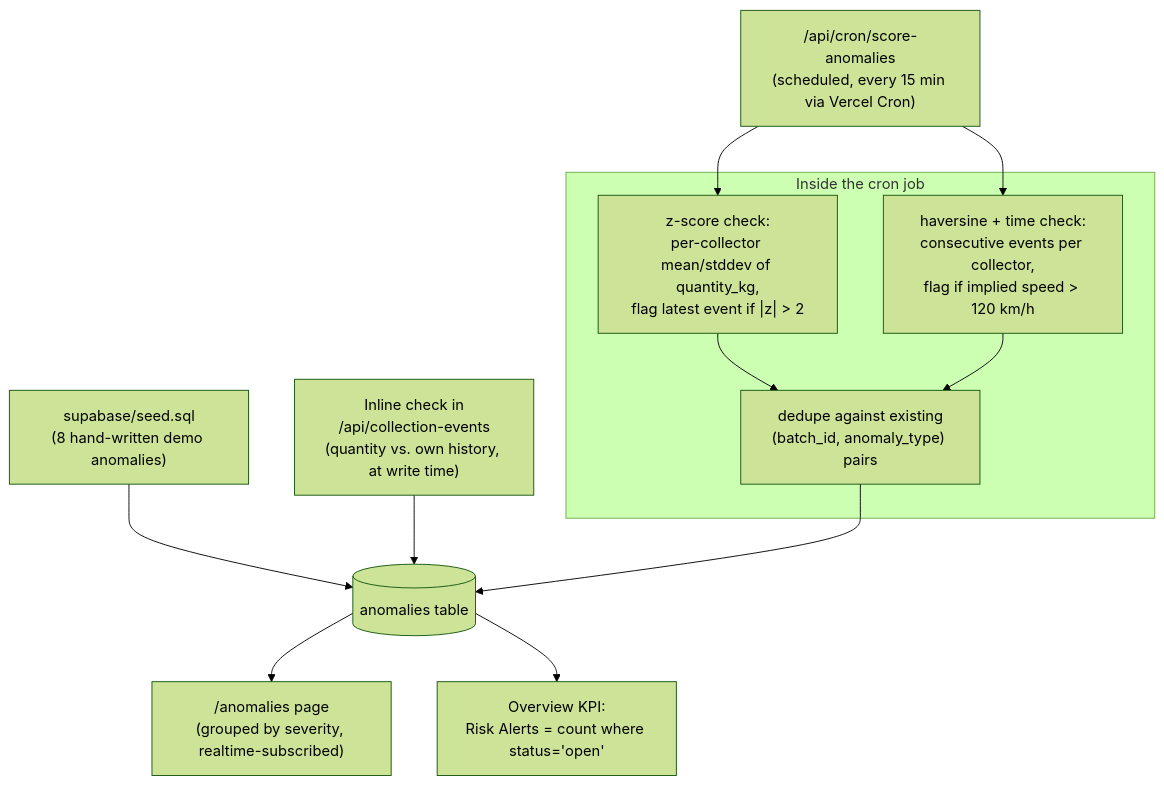
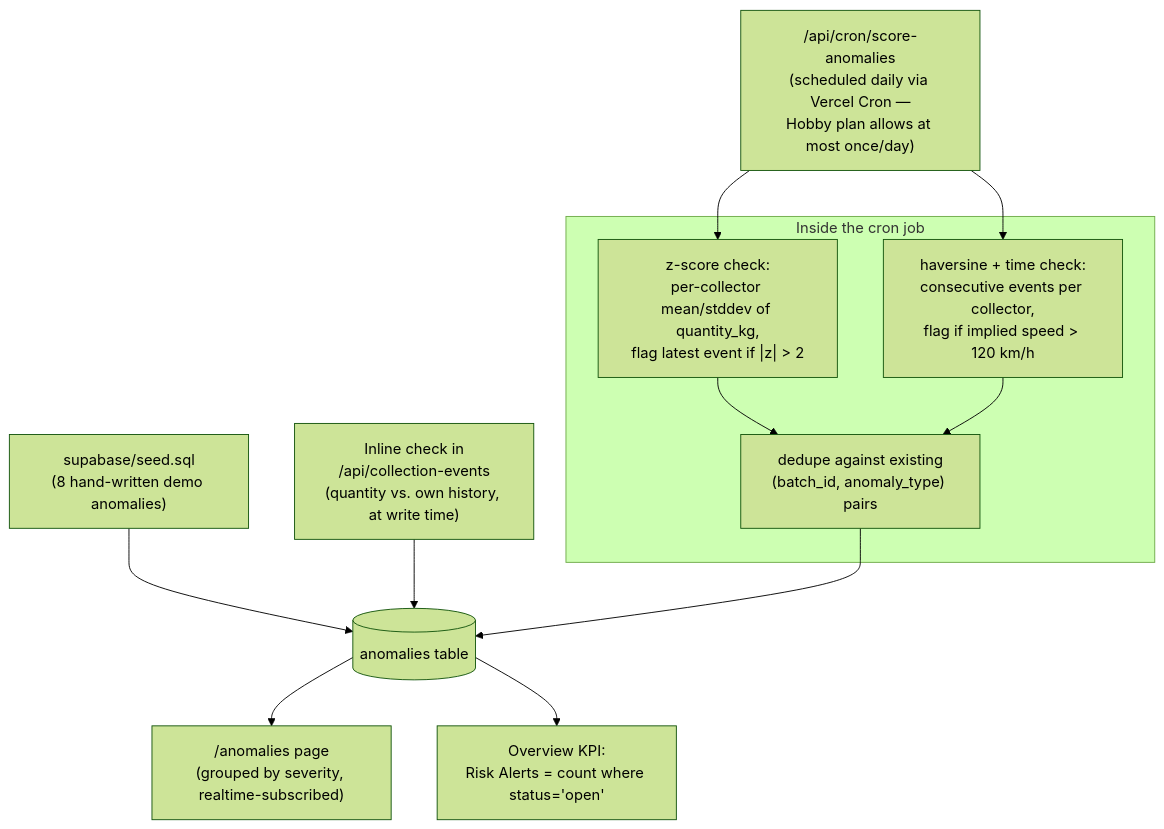
The sixth of 8 diagrams in ARCHITECTURE_AND_FLOWS.md (adishshah29-eng/SIH2026-CyberSecuriy), drawn with Mermaid (forest theme) before and after one commit. The commit also changed other lines of this file and 2 other files, not shown here.

Commit message:
Switch anomaly-scoring cron from every 15 min to daily
Vercel's Hobby plan only permits cron jobs that run once per day;
the original 15-minute schedule failed to deploy. Bump to Pro to
run it more often.

````diff
--- a/ARCHITECTURE_AND_FLOWS.md
+++ b/ARCHITECTURE_AND_FLOWS.md
@@ -282,22 +282,22 @@
 ```mermaid
 flowchart TB
     seed["supabase/seed.sql<br/>(8 hand-written demo anomalies)"]
     inline["Inline check in<br/>/api/collection-events<br/>(quantity vs. own history, at write time)"]
-    cron["/api/cron/score-anomalies<br/>(scheduled, every 15 min via Vercel Cron)"]
+    cron["/api/cron/score-anomalies<br/>(scheduled daily via Vercel Cron —<br/>Hobby plan allows at most once/day)"]
 
     subgraph cronDetail["Inside the cron job"]
         z["z-score check:<br/>per-collector mean/stddev of quantity_kg,<br/>flag latest event if |z| > 2"]
         gps["haversine + time check:<br/>consecutive events per collector,<br/>flag if implied speed > 120 km/h"]
         dedupe["dedupe against existing<br/>(batch_id, anomaly_type) pairs"]
     end
 
     cron --> z --> dedupe
     cron --> gps --> dedupe
 
     seed --> anomalies[("anomalies table")]
     inline --> anomalies
     dedupe --> anomalies
 
     anomalies --> page["/anomalies page<br/>(grouped by severity, realtime-subscribed)"]
     anomalies --> kpi["Overview KPI:<br/>Risk Alerts = count where status='open'"]
 ```
````
